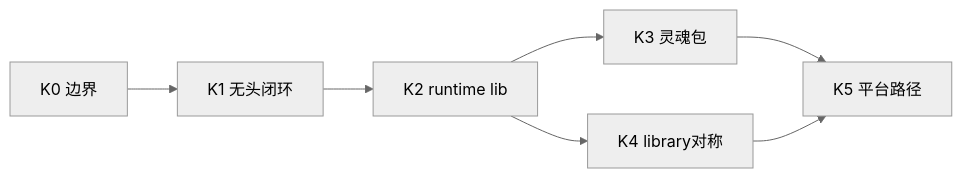
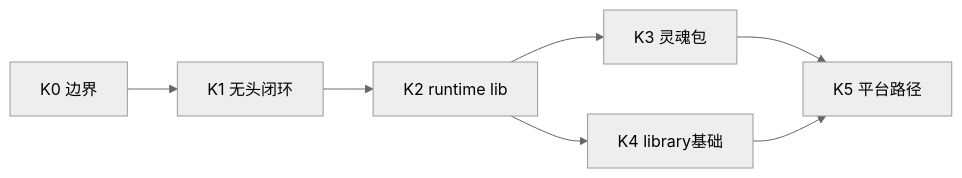
One commit to linkaiheng2233-cyber/oclivenewnew changed the diagram in creator-docs/getting-started/KERNEL_IMPLEMENTATION_PLAN.md. Above: the diagram before and after it, drawn with Mermaid (neutral theme). The commit also changed other lines of this file and 13 other files, not shown here.

````diff
--- a/creator-docs/getting-started/KERNEL_IMPLEMENTATION_PLAN.md
+++ b/creator-docs/getting-started/KERNEL_IMPLEMENTATION_PLAN.md
@@ -24,9 +24,9 @@
 ```mermaid
 flowchart LR
   K0[K0 边界] --> K1[K1 无头闭环]
   K1 --> K2[K2 runtime lib]
   K2 --> K3[K3 灵魂包]
-  K2 --> K4[K4 library对称]
+  K2 --> K4[K4 library基础]
   K3 --> K5[K5 平台路径]
   K4 --> K5
 ```
````
